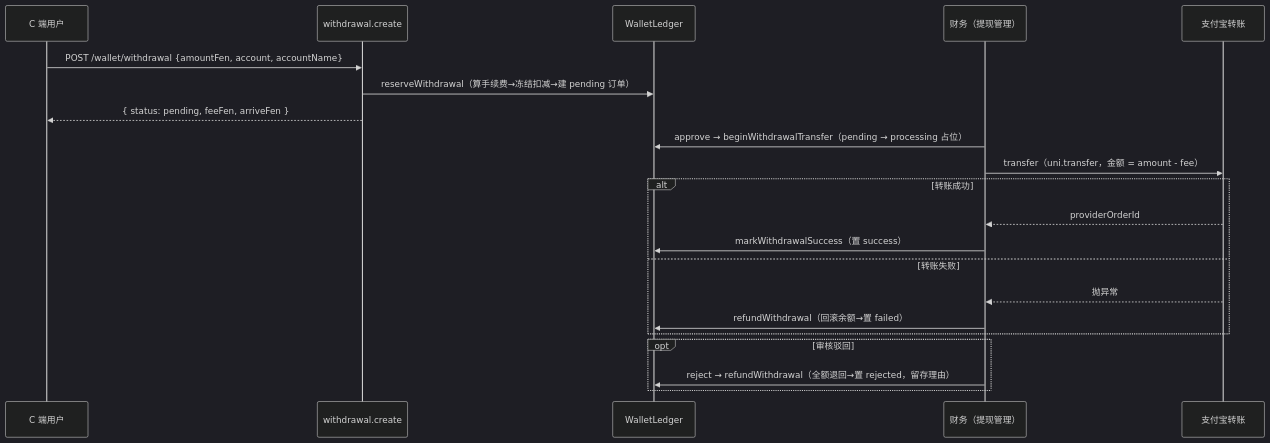
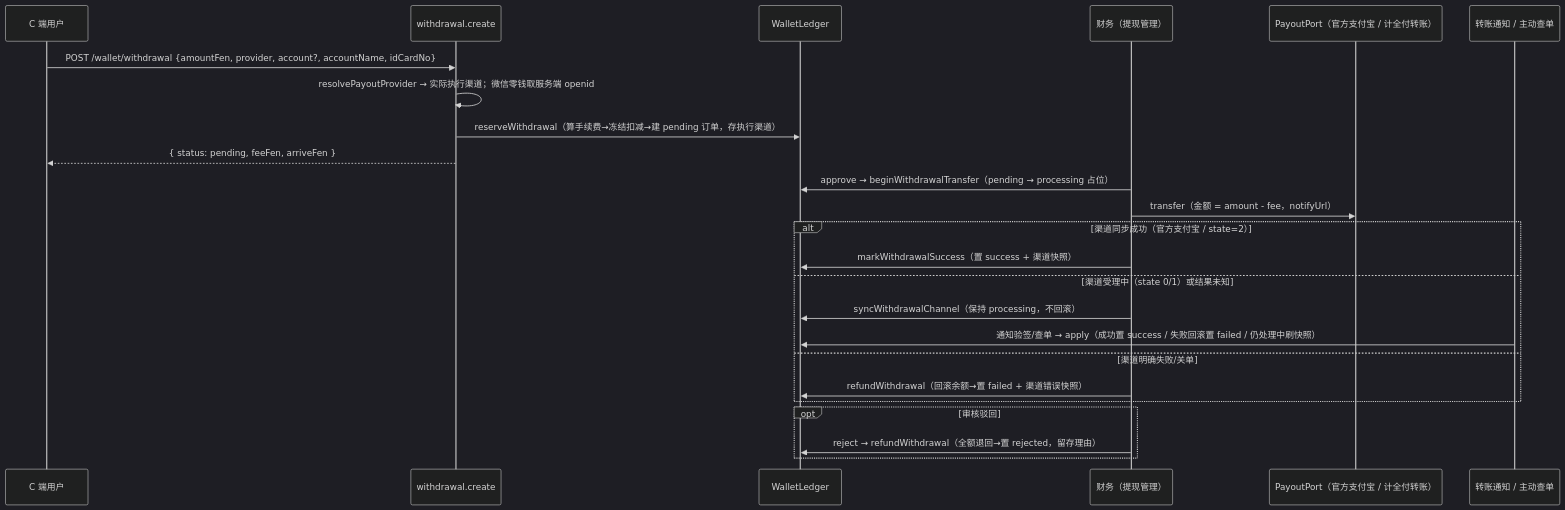
The third of 4 diagrams in docs/wallet.md (yiting001/E-sports-01), drawn with Mermaid (dark theme) before and after one commit. The commit also changed other lines of this file and 29 other files, not shown here.

````diff
--- a/docs/wallet.md
+++ b/docs/wallet.md
@@ -234,24 +239,27 @@
 ```mermaid
 sequenceDiagram
   participant FE as C 端用户
   participant API as withdrawal.create
   participant LED as WalletLedger
   participant ADM as 财务（提现管理）
-  participant DRV as 支付宝转账
+  participant DRV as PayoutPort（官方支付宝 / 计全付转账）
+  participant CB as 转账通知 / 主动查单
 
-  FE->>API: POST /wallet/withdrawal {amountFen, account, accountName}
-  API->>LED: reserveWithdrawal（算手续费→冻结扣减→建 pending 订单）
+  FE->>API: POST /wallet/withdrawal {amountFen, provider, account?, accountName, idCardNo}
+  API->>API: resolvePayoutProvider → 实际执行渠道；微信零钱取服务端 openid
+  API->>LED: reserveWithdrawal（算手续费→冻结扣减→建 pending 订单，存执行渠道）
   API-->>FE: { status: pending, feeFen, arriveFen }
   ADM->>LED: approve → beginWithdrawalTransfer（pending → processing 占位）
-  ADM->>DRV: transfer（uni.transfer，金额 = amount - fee）
-  alt 转账成功
-    DRV-->>ADM: providerOrderId
-    ADM->>LED: markWithdrawalSuccess（置 success）
-  else 转账失败
-    DRV-->>ADM: 抛异常
-    ADM->>LED: refundWithdrawal（回滚余额→置 failed）
+  ADM->>DRV: transfer（金额 = amount - fee，notifyUrl）
+  alt 渠道同步成功（官方支付宝 / state=2）
+    ADM->>LED: markWithdrawalSuccess（置 success + 渠道快照）
+  else 渠道受理中（state 0/1）或结果未知
+    ADM->>LED: syncWithdrawalChannel（保持 processing，不回滚）
+    CB->>LED: 通知验签/查单 → apply（成功置 success / 失败回滚置 failed / 仍处理中刷快照）
+  else 渠道明确失败/关单
+    ADM->>LED: refundWithdrawal（回滚余额→置 failed + 渠道错误快照）
   end
   opt 审核驳回
     ADM->>LED: reject → refundWithdrawal（全额退回→置 rejected，留存理由）
   end
 ```
````
